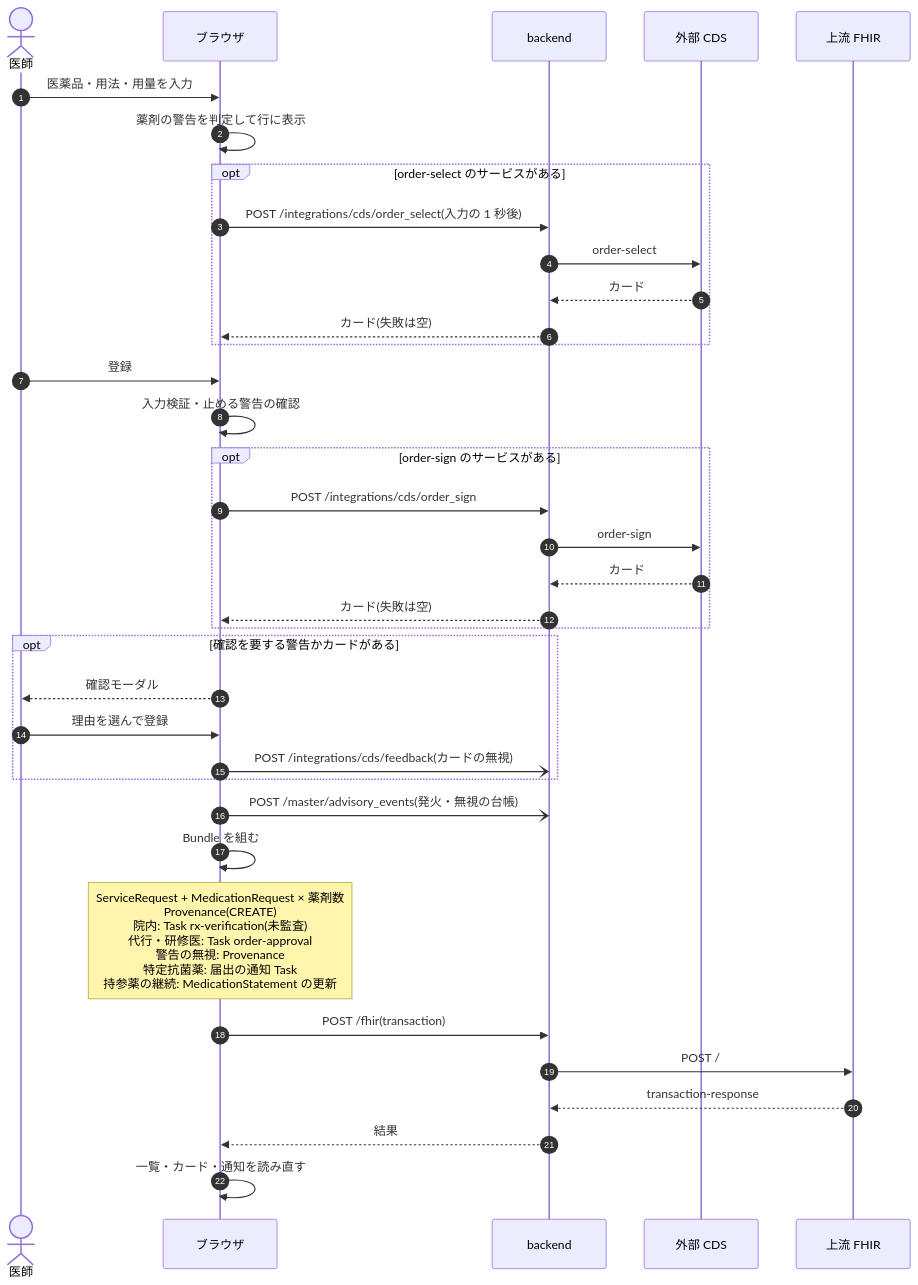
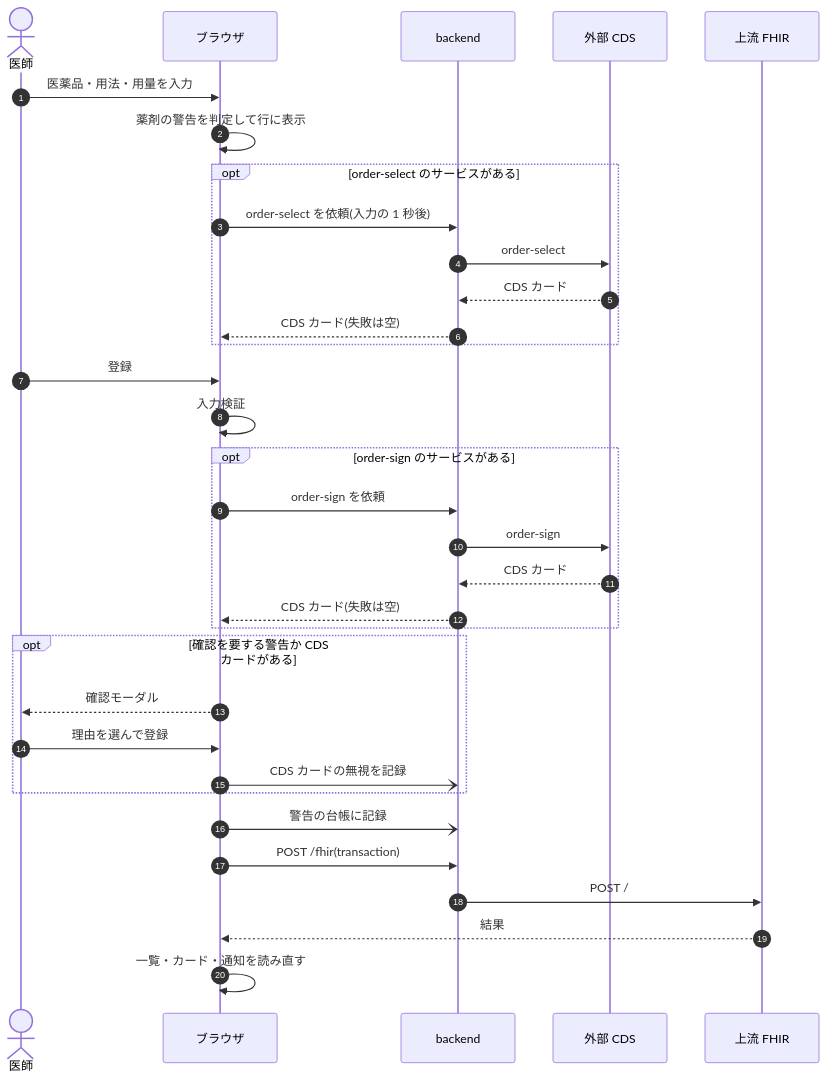
Before and after one commit to ysnr-dev/fhir-client-docs: the first of 12 diagrams in docs/dev/prescription.md, drawn with Mermaid. The commit also changed other lines of this file and 43 other files, not shown here.

Commit message:
docs: 業務フローとシーケンス図を写し直し

````diff
--- a/docs/dev/prescription.md
+++ b/docs/dev/prescription.md
@@ -33,39 +79,36 @@
 ```mermaid
 sequenceDiagram
   autonumber
   actor Dr as 医師
   participant UI as ブラウザ
   participant BE as backend
   participant CDS as 外部 CDS
   participant FHIR as 上流 FHIR
 
   Dr->>UI: 医薬品・用法・用量を入力
   UI->>UI: 薬剤の警告を判定して行に表示
   opt order-select のサービスがある
-    UI->>BE: POST /integrations/cds/order_select(入力の 1 秒後)
+    UI->>BE: order-select を依頼(入力の 1 秒後)
     BE->>CDS: order-select
-    CDS-->>BE: カード
-    BE-->>UI: カード(失敗は空)
+    CDS-->>BE: CDS カード
+    BE-->>UI: CDS カード(失敗は空)
   end
   Dr->>UI: 登録
-  UI->>UI: 入力検証・止める警告の確認
+  UI->>UI: 入力検証
   opt order-sign のサービスがある
-    UI->>BE: POST /integrations/cds/order_sign
+    UI->>BE: order-sign を依頼
     BE->>CDS: order-sign
-    CDS-->>BE: カード
-    BE-->>UI: カード(失敗は空)
+    CDS-->>BE: CDS カード
+    BE-->>UI: CDS カード(失敗は空)
   end
-  opt 確認を要する警告かカードがある
+  opt 確認を要する警告か CDS カードがある
     UI-->>Dr: 確認モーダル
     Dr->>UI: 理由を選んで登録
-    UI-)BE: POST /integrations/cds/feedback(カードの無視)
+    UI-)BE: CDS カードの無視を記録
   end
-  UI-)BE: POST /master/advisory_events(発火・無視の台帳)
-  UI->>UI: Bundle を組む
-  Note over UI: ServiceRequest + MedicationRequest × 薬剤数<br/>Provenance(CREATE)<br/>院内: Task rx-verification(未監査)<br/>代行・研修医: Task order-approval<br/>警告の無視: Provenance<br/>特定抗菌薬: 届出の通知 Task<br/>持参薬の継続: MedicationStatement の更新
+  UI-)BE: 警告の台帳に記録
   UI->>BE: POST /fhir(transaction)
   BE->>FHIR: POST /
-  FHIR-->>BE: transaction-response
-  BE-->>UI: 結果
+  FHIR-->>UI: 結果
   UI->>UI: 一覧・カード・通知を読み直す
 ```
````
